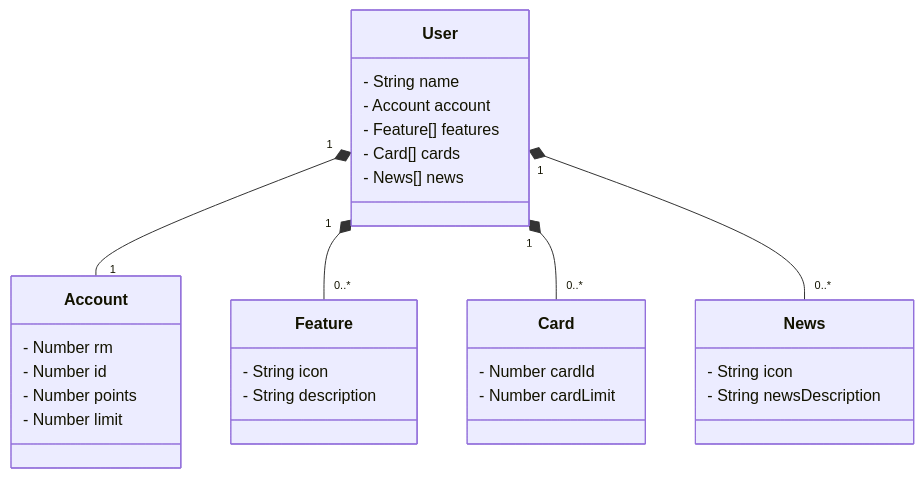
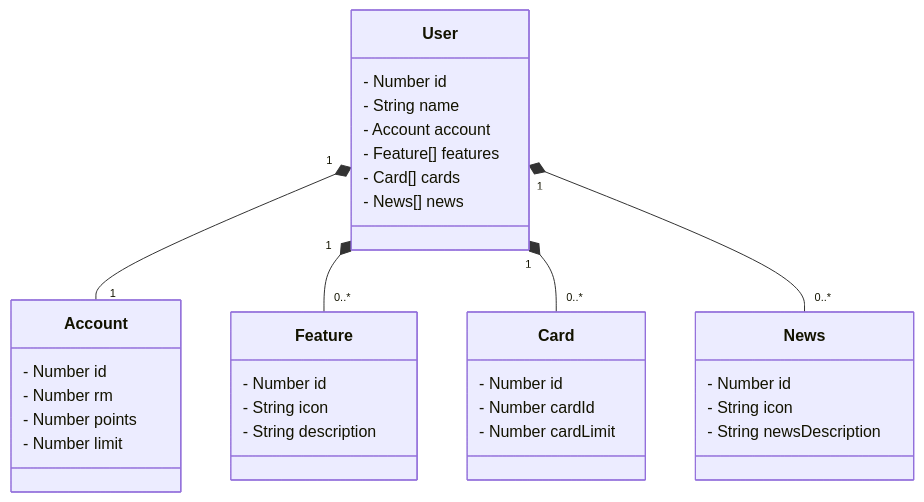
Before and after one commit to gusmaomath/banking-domain: the diagram in README.md, drawn with Mermaid.

````diff
--- a/README.md
+++ b/README.md
@@ -19,37 +19,41 @@
 ```mermaid
 classDiagram
   class User {
+    - Number id
     - String name
     - Account account
     - Feature[] features
     - Card[] cards
     - News[] news
   }
 
   class Account {
+    - Number id
     - Number rm
-    - Number id
     - Number points
     - Number limit
   }
 
   class Feature {
+    - Number id
     - String icon
     - String description
   }
     
   class Card {
+    - Number id
     - Number cardId
     - Number cardLimit
   }
     
   class News {
+    - Number id
     - String icon
     - String newsDescription
   }
 
   User "1" *-- "1" Account
   User "1" *-- "0..*" Feature
   User "1" *-- "0..*" Card
   User "1" *-- "0..*" News
 ```
````
